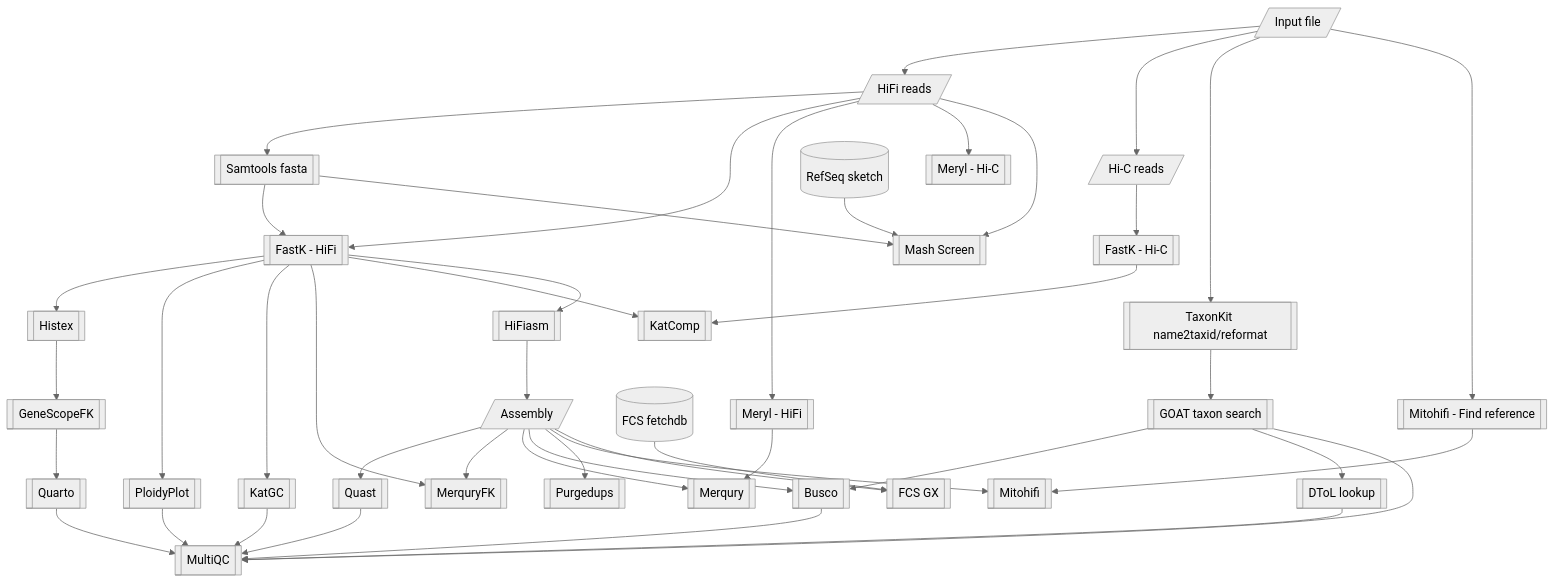
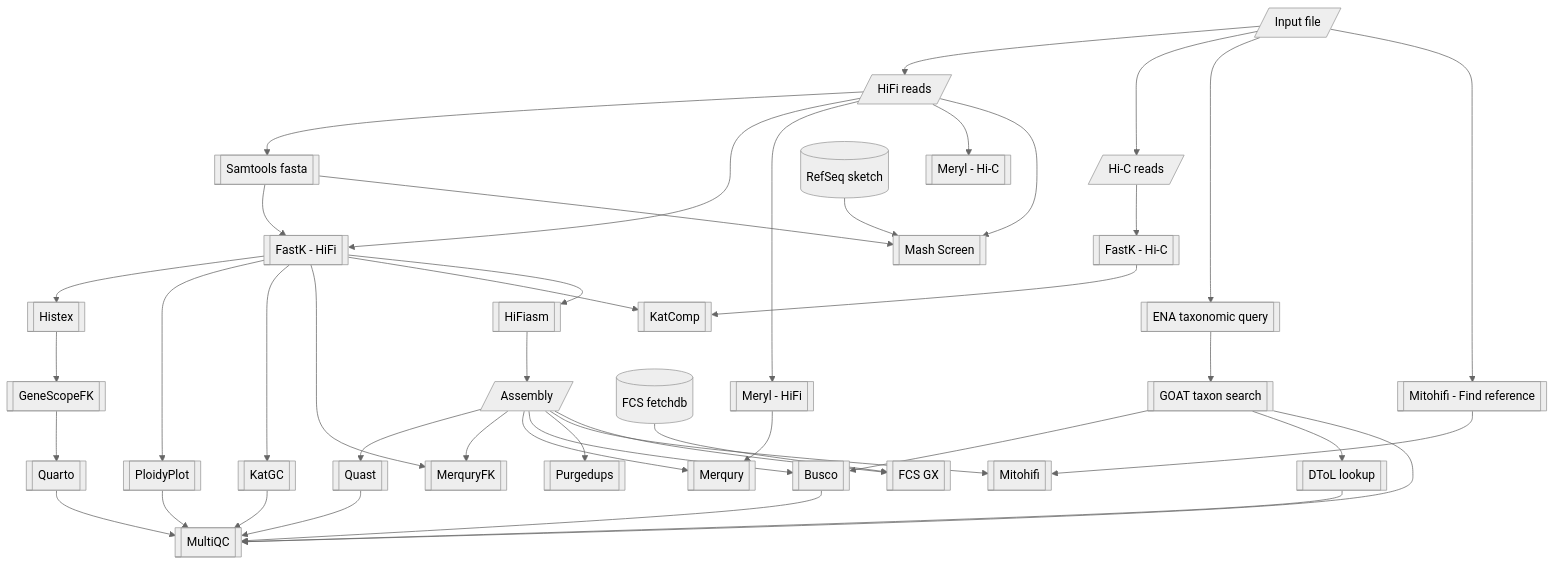
Before and after one commit to NBISweden/Earth-Biogenome-Project-pilot: the second of 2 diagrams in README.md, drawn with Mermaid (neutral theme).

Commit message:
Update diagram

````diff
--- a/README.md
+++ b/README.md
@@ -23,46 +23,46 @@
 ```mermaid
 flowchart TD
     input[/ Input file/] --> hifi
     input --> hic
-    input --> taxonkit[[ TaxonKit name2taxid/reformat ]]
-    taxonkit --> goat_taxon[[ GOAT taxon search ]]
+    input --> taxquery[[ ENA taxonomic query ]]
+    taxquery --> goat_taxon[[ GOAT taxon search ]]
     goat_taxon --> busco
     goat_taxon --> dtol[[ DToL lookup ]]
     hifi --> samtools_fa[[ Samtools fasta ]]
     samtools_fa --> fastk_hifi
     samtools_fa --> mash_screen
     hifi[/ HiFi reads /] --> fastk_hifi[[ FastK - HiFi ]]
     hifi --> meryl_hifi[[ Meryl - HiFi ]]
     hic[/ Hi-C reads /] --> fastk_hic[[ FastK - Hi-C ]]
     hifi --> meryl_hic[[ Meryl - Hi-C ]]
     assembly[/ Assembly /] --> quast[[ Quast ]]
     fastk_hifi --> histex[[ Histex ]]
     histex --> genescopefk[[ GeneScopeFK ]]
     fastk_hifi --> ploidyplot[[ PloidyPlot ]]
     fastk_hifi --> katgc[[ KatGC ]]
     fastk_hifi --> merquryfk[[ MerquryFK ]]
     assembly --> merquryfk
     meryl_hifi --> merqury[[ Merqury ]]
     assembly --> merqury
     fastk_hifi --> katcomp[[ KatComp ]]
     fastk_hic --> katcomp
     assembly --> busco[[ Busco ]]
     refseq_sketch[( RefSeq sketch )] --> mash_screen[[ Mash Screen ]]
     hifi --> mash_screen
     fastk_hifi --> hifiasm[[ HiFiasm ]]
     hifiasm --> assembly
     assembly --> purgedups[[ Purgedups ]]
     input --> mitoref[[ Mitohifi - Find reference ]]
     assembly --> mitohifi[[ Mitohifi ]]
     assembly --> fcsgx[[ FCS GX ]]
     fcs_fetchdb[( FCS fetchdb )] --> fcsgx
     mitoref --> mitohifi
     genescopefk --> quarto[[ Quarto ]]
     goat_taxon --> multiqc[[ MultiQC ]]
     quarto --> multiqc
     dtol --> multiqc
     katgc --> multiqc
     ploidyplot --> multiqc
     busco --> multiqc
     quast --> multiqc
 ```
````
